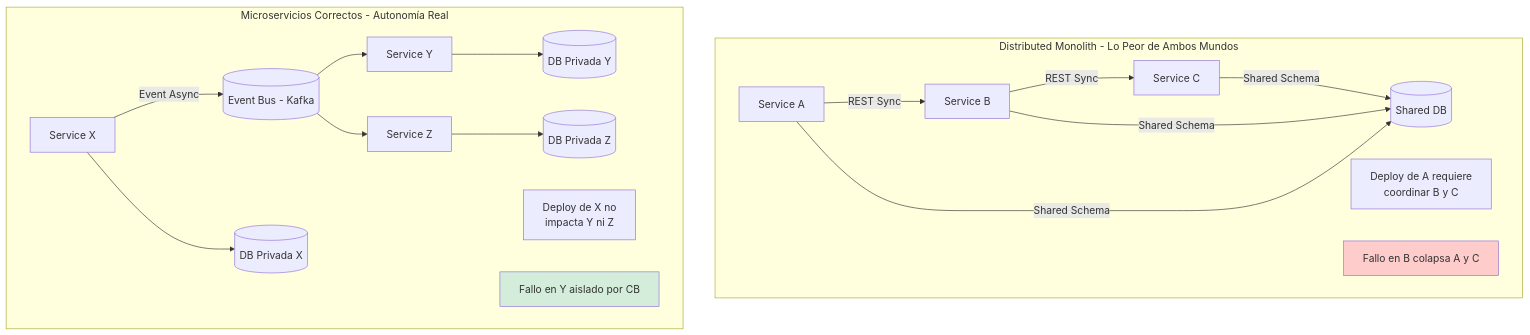
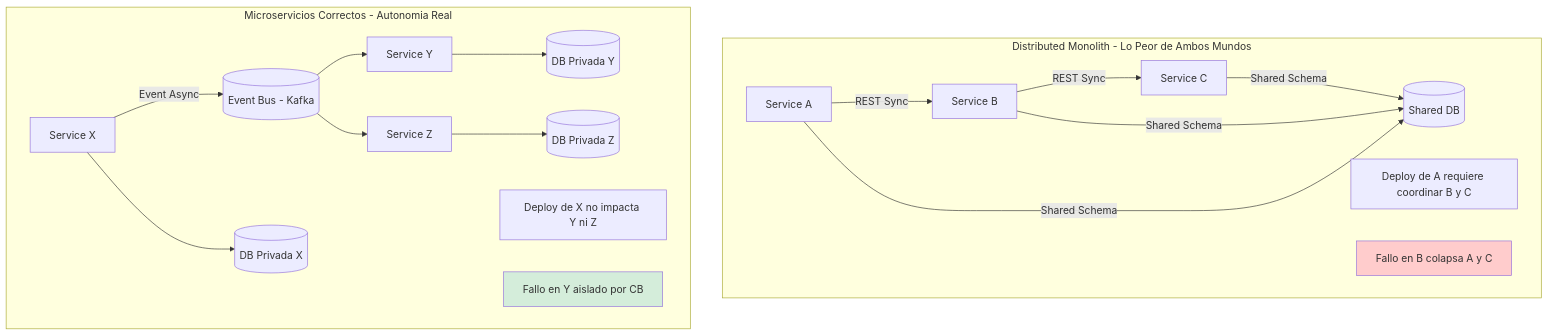
The first of 5 diagrams in 02_Arquitectura/anti-patterns_en_microservicios_y_como_evitarlos_con_java_21_STAFF.md (Joaquinriosheredia/DAM-Java-Mastery), drawn with Mermaid before and after one commit. The commit also changed other lines of this file, not shown here.

Commit message:
anti-patterns_en_microservicios_y_como_evitarlos_con_java_21_STAFF.md

````diff
--- a/02_Arquitectura/anti-patterns_en_microservicios_y_como_evitarlos_con_java_21_STAFF.md
+++ b/02_Arquitectura/anti-patterns_en_microservicios_y_como_evitarlos_con_java_21_STAFF.md
@@ -38,26 +65,26 @@
 ```mermaid
 graph TD
     subgraph "Distributed Monolith - Lo Peor de Ambos Mundos"
         A[Service A] -->|REST Sync| B[Service B]
         B -->|REST Sync| C[Service C]
         C -->|Shared Schema| DB[(Shared DB)]
         A -->|Shared Schema| DB
         B -->|Shared Schema| DB
-        NOTE1[Deploy de A requiere<br>coordinar B y C]
+        NOTE1[Deploy de A requiere coordinar B y C]
         FAIL[Fallo en B colapsa A y C]
     end
     
-    subgraph "Microservicios Correctos - Autonomía Real"
+    subgraph "Microservicios Correctos - Autonomia Real"
         X[Service X] -->|Event Async| BUS[(Event Bus - Kafka)]
         BUS --> Y[Service Y]
         BUS --> Z[Service Z]
         X --> DBX[(DB Privada X)]
         Y --> DBY[(DB Privada Y)]
         Z --> DBZ[(DB Privada Z)]
-        NOTE2[Deploy de X no<br>impacta Y ni Z]
+        NOTE2[Deploy de X no impacta Y ni Z]
         ISOL[Fallo en Y aislado por CB]
     end
     
     style FAIL fill:#ffcccc
     style ISOL fill:#d4edda
 ```
````
